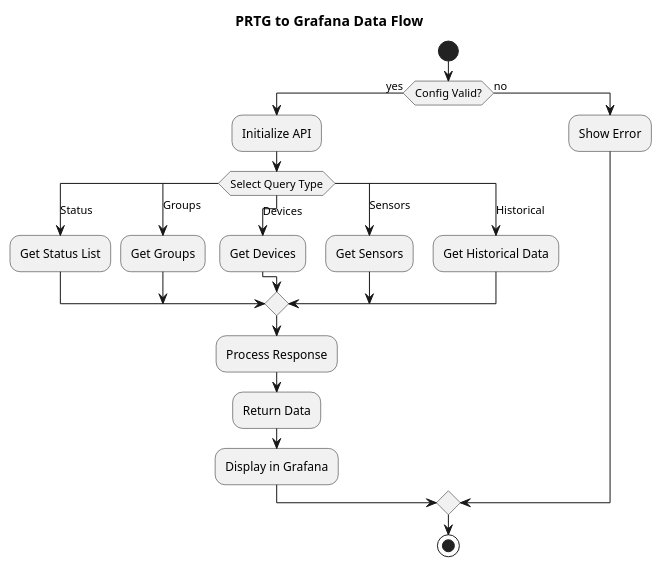
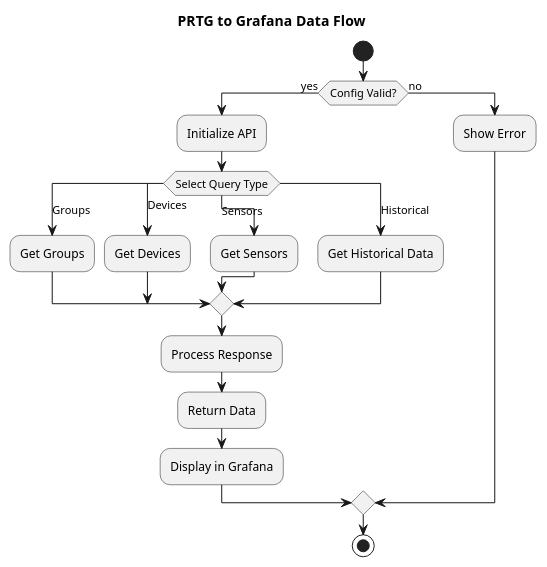
The diagram in Doc/UML/prtg_flow.plantuml (1DeliDolu/PRTG), drawn with PlantUML before and after one commit. The commit also changed 28 other files, not shown here.

```diff
--- a/Doc/UML/prtg_flow.plantuml
+++ b/Doc/UML/prtg_flow.plantuml
@@ -1,30 +1,28 @@
 @startuml Prtg_Flow
 title PRTG to Grafana Data Flow
 
 skinparam backgroundColor white
 skinparam roundcorner 20
 
 start
 if (Config Valid?) then (yes)
     :Initialize API;
     switch (Select Query Type)
-    case (Status)
-        :Get Status List;
     case (Groups)
         :Get Groups;
     case (Devices)
         :Get Devices;
     case (Sensors)
         :Get Sensors;
     case (Historical)
         :Get Historical Data;
     endswitch
     :Process Response;
     :Return Data;
     :Display in Grafana;
 else (no)
     :Show Error;
 endif
 stop
 
 @enduml
```
